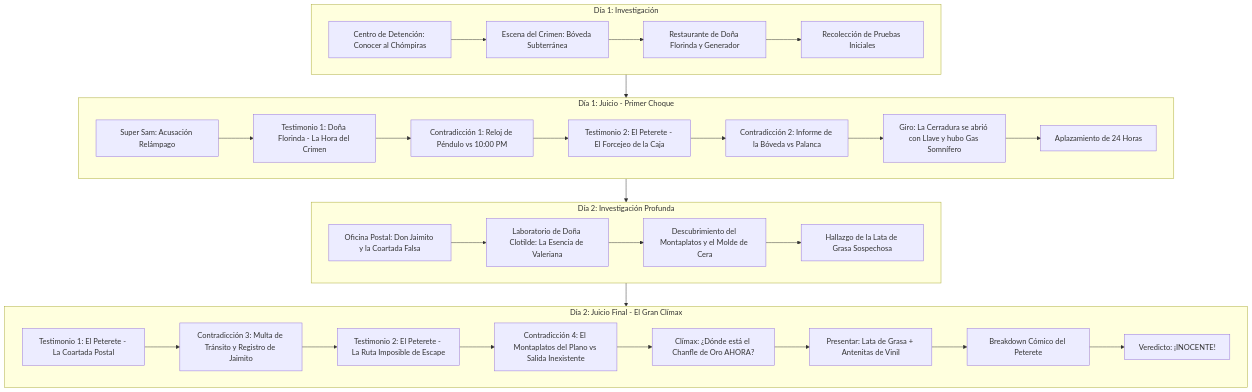
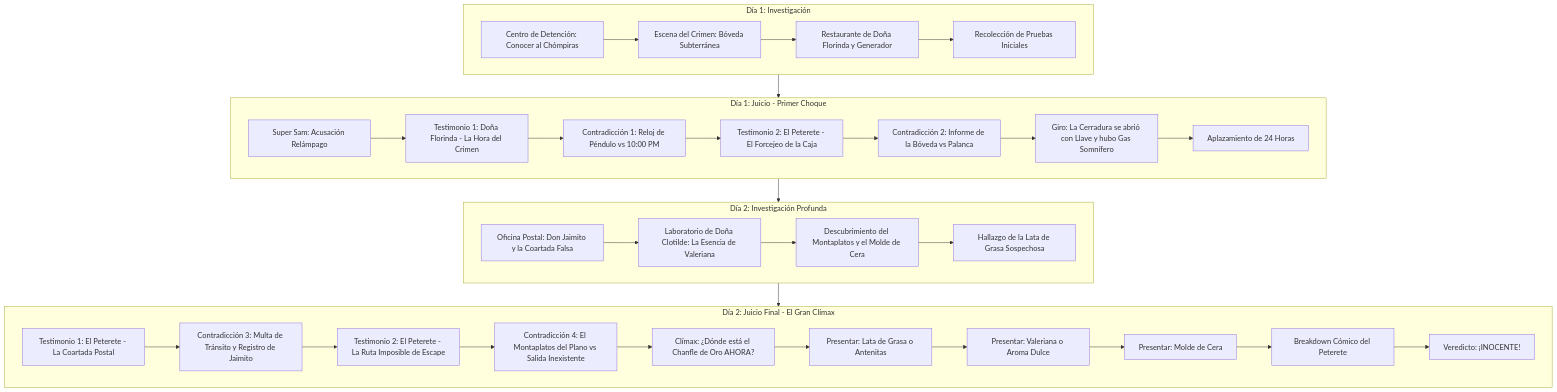
One commit to luisoncpp/aa-chapulin changed the second of 2 diagrams in docs/specs/case-2-el-juicio-del-chompiras.md. Above: the diagram before and after it, drawn with Mermaid. The commit also changed other lines of this file and 24 other files, not shown here.

````diff
--- a/docs/specs/case-2-el-juicio-del-chompiras.md
+++ b/docs/specs/case-2-el-juicio-del-chompiras.md
@@ -97,37 +97,39 @@
 ```mermaid
 flowchart TD
     subgraph D1_INV [Día 1: Investigación]
         D1_I1[Centro de Detención: Conocer al Chómpiras] --> D1_I2[Escena del Crimen: Bóveda Subterránea]
         D1_I2 --> D1_I3[Restaurante de Doña Florinda y Generador]
         D1_I3 --> D1_I4[Recolección de Pruebas Iniciales]
     end
 
     subgraph D1_TRI [Día 1: Juicio - Primer Choque]
         D1_T1[Super Sam: Acusación Relámpago] --> D1_T2[Testimonio 1: Doña Florinda - La Hora del Crimen]
         D1_T2 --> D1_C1[Contradicción 1: Reloj de Péndulo vs 10:00 PM]
         D1_C1 --> D1_T3[Testimonio 2: El Peterete - El Forcejeo de la Caja]
         D1_T3 --> D1_C2[Contradicción 2: Informe de la Bóveda vs Palanca]
         D1_C2 --> D1_TWIST[Giro: La Cerradura se abrió con Llave y hubo Gas Somnífero]
         D1_TWIST --> D1_ADJOURN[Aplazamiento de 24 Horas]
     end
 
     subgraph D2_INV [Día 2: Investigación Profunda]
         D2_I1[Oficina Postal: Don Jaimito y la Coartada Falsa] --> D2_I2[Laboratorio de Doña Clotilde: La Esencia de Valeriana]
         D2_I2 --> D2_I3[Descubrimiento del Montaplatos y el Molde de Cera]
         D2_I3 --> D2_I4[Hallazgo de la Lata de Grasa Sospechosa]
     end
 
     subgraph D2_TRI [Día 2: Juicio Final - El Gran Clímax]
         D2_T1[Testimonio 1: El Peterete - La Coartada Postal] --> D2_C3[Contradicción 3: Multa de Tránsito y Registro de Jaimito]
         D2_C3 --> D2_T2[Testimonio 2: El Peterete - La Ruta Imposible de Escape]
         D2_T2 --> D2_C4[Contradicción 4: El Montaplatos del Plano vs Salida Inexistente]
         D2_C4 --> D2_CLIMAX[Clímax: ¿Dónde está el Chanfle de Oro AHORA?]
-        D2_CLIMAX --> D2_FINAL[Presentar: Lata de Grasa + Antenitas de Vinil]
-        D2_FINAL --> D2_BREAKDOWN[Breakdown Cómico del Peterete]
+        D2_CLIMAX --> D2_GOLD[Presentar: Lata de Grasa o Antenitas]
+        D2_GOLD --> D2_SLEEP[Presentar: Valeriana o Aroma Dulce]
+        D2_SLEEP --> D2_KEY[Presentar: Molde de Cera]
+        D2_KEY --> D2_BREAKDOWN[Breakdown Cómico del Peterete]
         D2_BREAKDOWN --> D2_VERDICT[Veredicto: ¡INOCENTE!]
     end
 
     D1_INV --> D1_TRI
     D1_TRI --> D2_INV
     D2_INV --> D2_TRI
 ```
````
